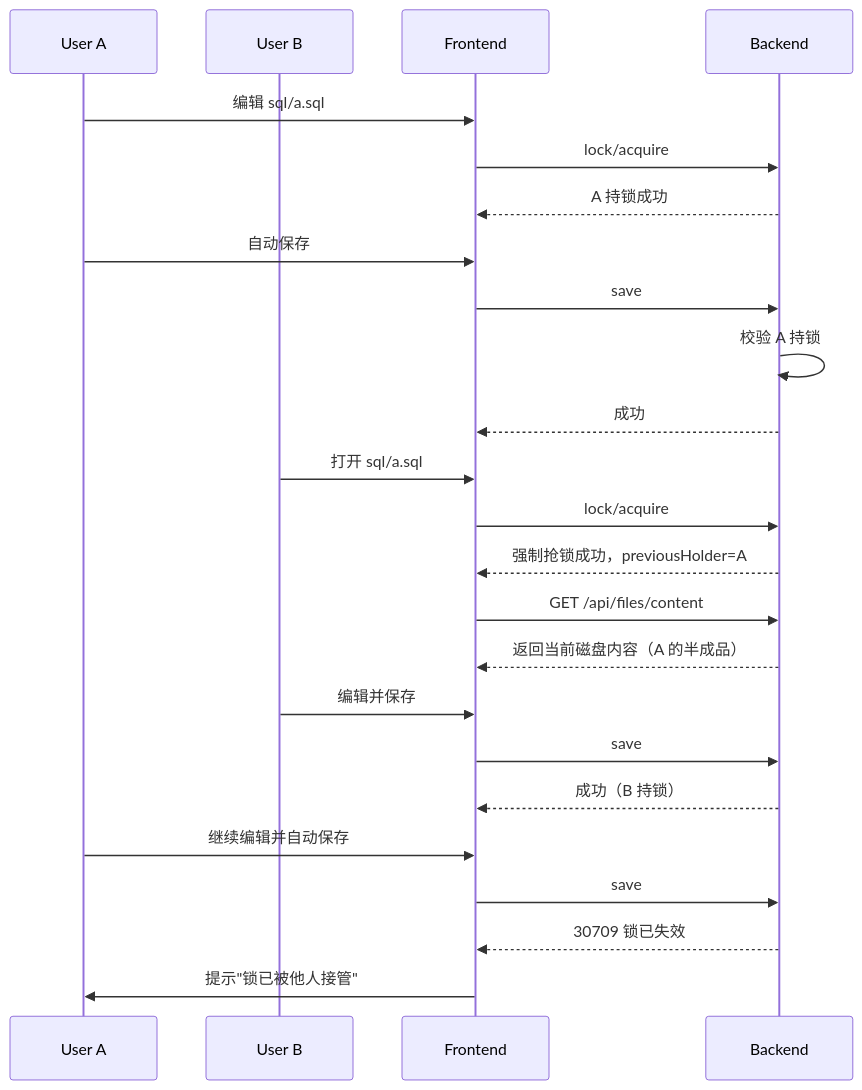
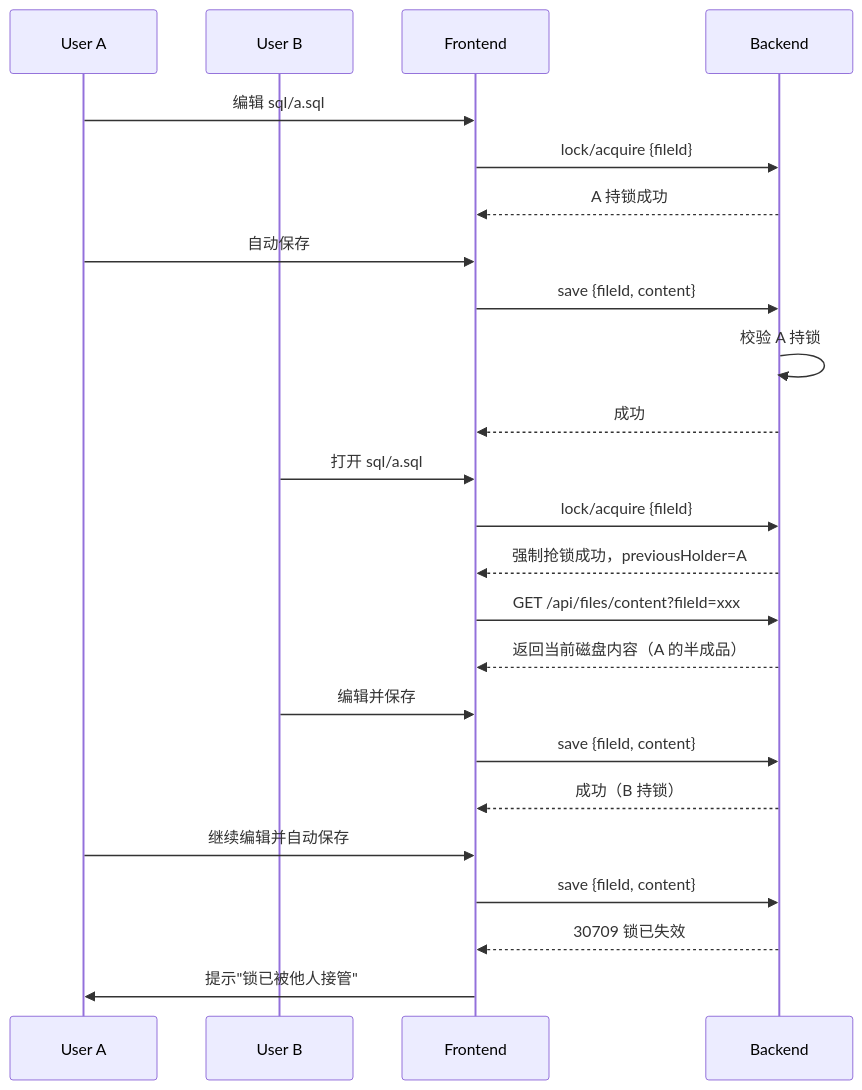
The third of 8 diagrams in docs/backend/file-system-spec.md (tonyabasy/lanting-stream-ce), drawn with Mermaid before and after one commit. The commit also changed other lines of this file and 34 other files, not shown here.

````diff
--- a/docs/backend/file-system-spec.md
+++ b/docs/backend/file-system-spec.md
@@ -240,27 +245,27 @@
 ```mermaid
 sequenceDiagram
     participant A as User A
     participant B as User B
     participant F as Frontend
     participant S as Backend
 
     A->>F: 编辑 sql/a.sql
-    F->>S: lock/acquire
+    F->>S: lock/acquire {fileId}
     S-->>F: A 持锁成功
     A->>F: 自动保存
-    F->>S: save
+    F->>S: save {fileId, content}
     S->>S: 校验 A 持锁
     S-->>F: 成功
     B->>F: 打开 sql/a.sql
-    F->>S: lock/acquire
+    F->>S: lock/acquire {fileId}
     S-->>F: 强制抢锁成功，previousHolder=A
-    F->>S: GET /api/files/content
+    F->>S: GET /api/files/content?fileId=xxx
     S-->>F: 返回当前磁盘内容（A 的半成品）
     B->>F: 编辑并保存
-    F->>S: save
+    F->>S: save {fileId, content}
     S-->>F: 成功（B 持锁）
     A->>F: 继续编辑并自动保存
-    F->>S: save
+    F->>S: save {fileId, content}
     S-->>F: 30709 锁已失效
     F->>A: 提示"锁已被他人接管"
 ```
````
